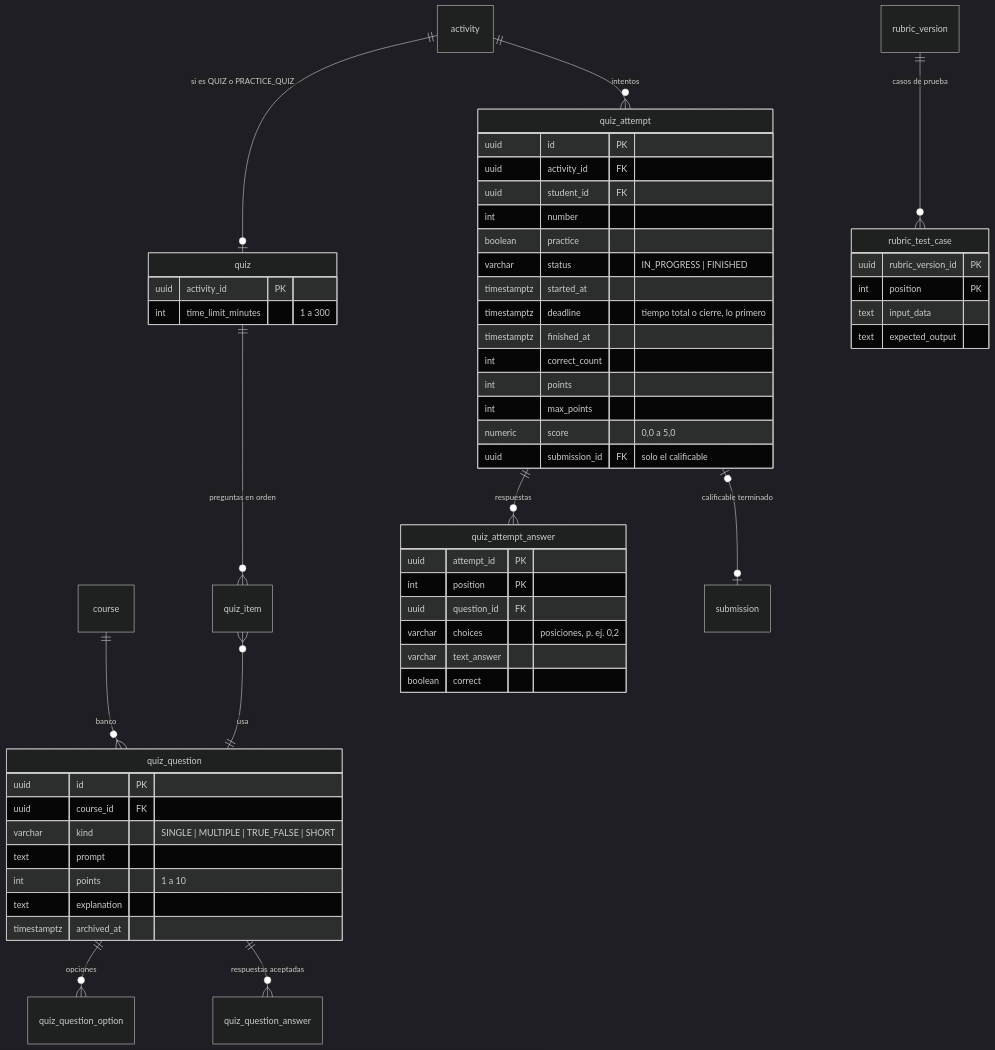
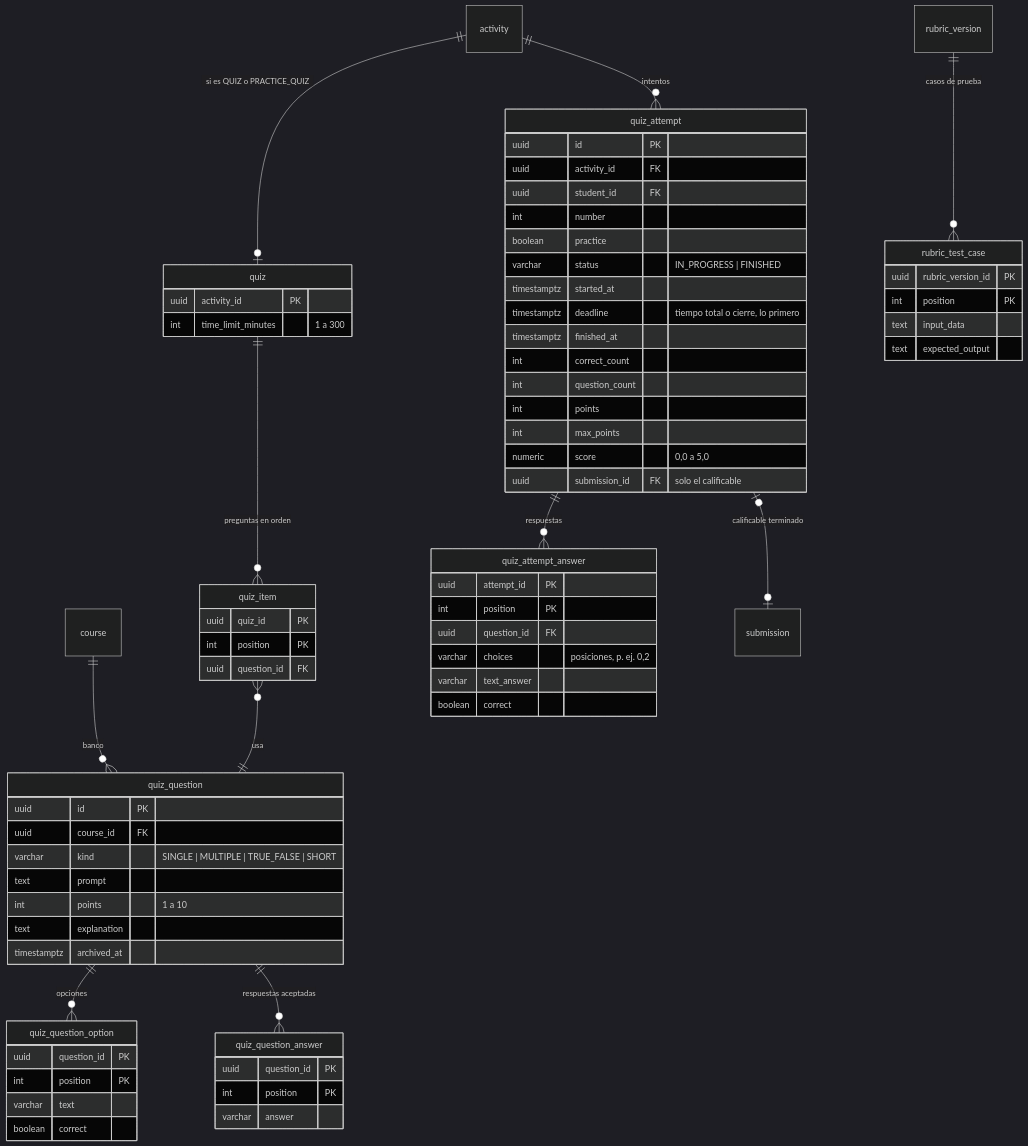
The sixth of 7 diagrams in docs/modelo-de-datos.md (CarlosEscam/LogiCode-Up), drawn with Mermaid (dark theme) before and after one commit. The commit also changed other lines of this file and 39 other files, not shown here.

````diff
--- a/docs/modelo-de-datos.md
+++ b/docs/modelo-de-datos.md
@@ -285,57 +364,74 @@
 ```mermaid
 erDiagram
     course ||--o{ quiz_question : "banco"
     quiz_question ||--o{ quiz_question_option : opciones
     quiz_question ||--o{ quiz_question_answer : "respuestas aceptadas"
     activity ||--o| quiz : "si es QUIZ o PRACTICE_QUIZ"
     quiz ||--o{ quiz_item : "preguntas en orden"
     quiz_item }o--|| quiz_question : usa
     activity ||--o{ quiz_attempt : intentos
     quiz_attempt ||--o{ quiz_attempt_answer : respuestas
     quiz_attempt |o--o| submission : "calificable terminado"
     rubric_version ||--o{ rubric_test_case : "casos de prueba"
 
     quiz_question {
         uuid id PK
         uuid course_id FK
         varchar kind "SINGLE | MULTIPLE | TRUE_FALSE | SHORT"
         text prompt
         int points "1 a 10"
         text explanation
         timestamptz archived_at
     }
+    quiz_question_option {
+        uuid question_id PK
+        int position PK
+        varchar text
+        boolean correct
+    }
+    quiz_question_answer {
+        uuid question_id PK
+        int position PK
+        varchar answer
+    }
     quiz {
         uuid activity_id PK
         int time_limit_minutes "1 a 300"
+    }
+    quiz_item {
+        uuid quiz_id PK
+        int position PK
+        uuid question_id FK
     }
     quiz_attempt {
         uuid id PK
         uuid activity_id FK
         uuid student_id FK
         int number
         boolean practice
         varchar status "IN_PROGRESS | FINISHED"
         timestamptz started_at
         timestamptz deadline "tiempo total o cierre, lo primero"
         timestamptz finished_at
         int correct_count
+        int question_count
         int points
         int max_points
         numeric score "0,0 a 5,0"
         uuid submission_id FK "solo el calificable"
     }
     quiz_attempt_answer {
         uuid attempt_id PK
         int position PK
         uuid question_id FK
         varchar choices "posiciones, p. ej. 0,2"
         varchar text_answer
         boolean correct
     }
     rubric_test_case {
         uuid rubric_version_id PK
         int position PK
         text input_data
         text expected_output
     }
 ```
````
